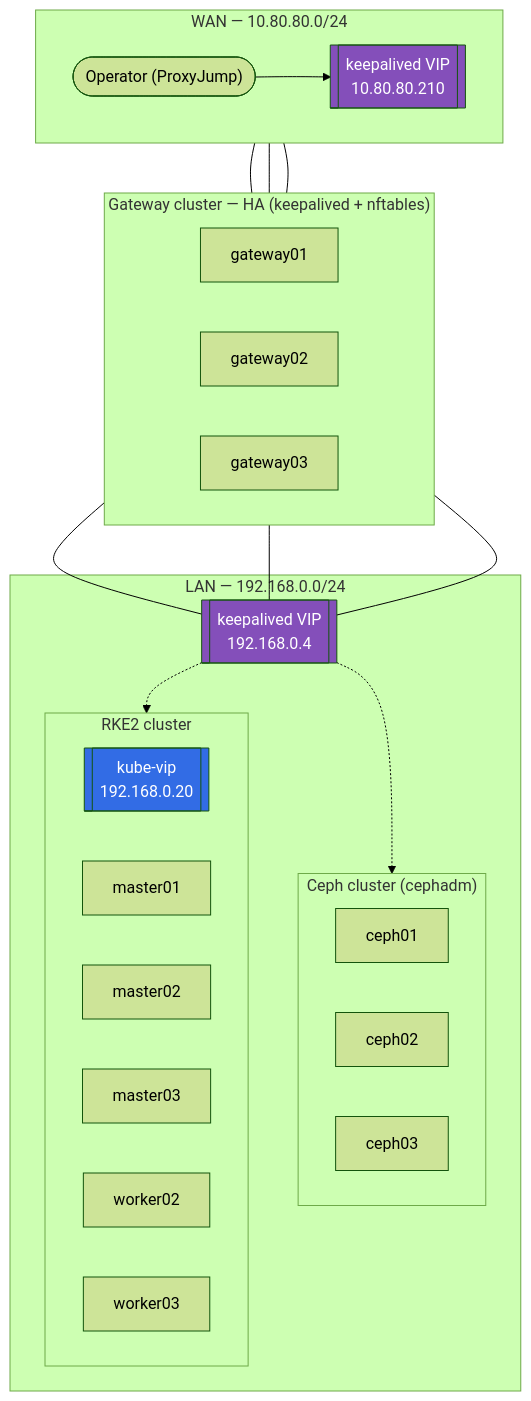
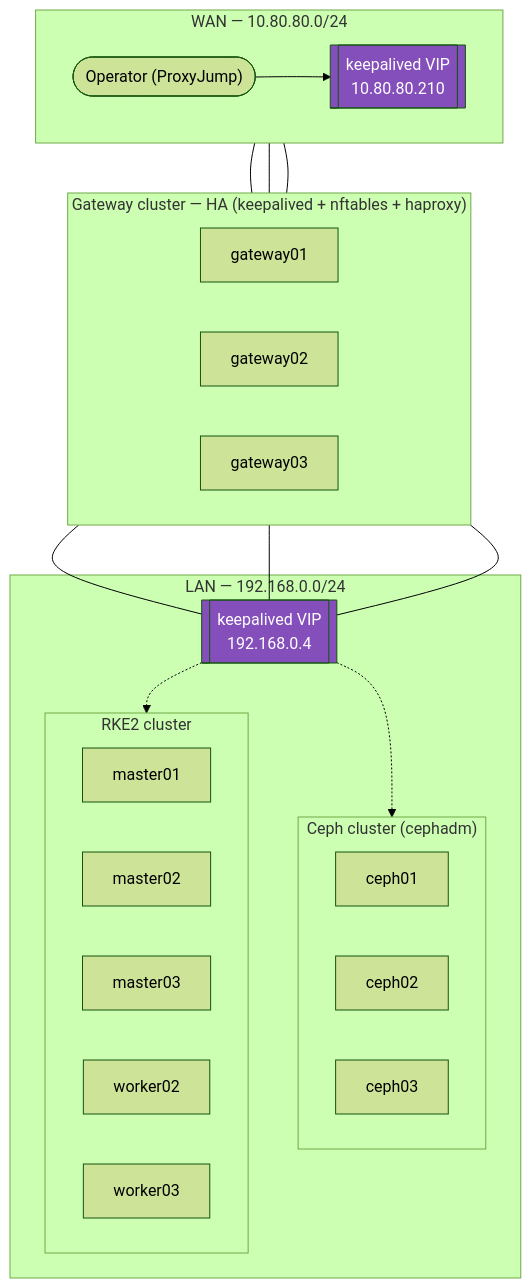
Before and after one commit to kbechler/pve_k8s_lab: the diagram in README.md, drawn with Mermaid (forest theme). The commit also changed other lines of this file and 17 other files, not shown here.

````diff
--- a/README.md
+++ b/README.md
@@ -19,44 +19,42 @@
 ```mermaid
 flowchart TB
     subgraph WAN["WAN — 10.80.80.0/24"]
         direction LR
         Op(["Operator (ProxyJump)"]) --> VIP1[["keepalived VIP<br/>10.80.80.210"]]
     end
 
-    subgraph GW["Gateway cluster — HA (keepalived + nftables)"]
+    subgraph GW["Gateway cluster — HA (keepalived + nftables + haproxy)"]
         direction LR
         GW1[gateway01]
         GW2[gateway02]
         GW3[gateway03]
     end
 
     subgraph LAN["LAN — 192.168.0.0/24"]
         VIP2[["keepalived VIP<br/>192.168.0.4"]]
 
         subgraph CEPH["Ceph cluster (cephadm)"]
             direction LR
             C1[ceph01]
             C2[ceph02]
             C3[ceph03]
         end
 
         subgraph K8S["RKE2 cluster"]
             direction LR
-            VIP3[["kube-vip<br/>192.168.0.20"]]
             M1[master01]
             M2[master02]
             M3[master03]
             W2[worker02]
             W3[worker03]
         end
     end
 
     VIP1 --- GW1 & GW2 & GW3
     GW1 & GW2 & GW3 --- VIP2
     VIP2 -.-> CEPH
     VIP2 -.-> K8S
 
     style VIP1 fill:#844FBA,color:#fff
     style VIP2 fill:#844FBA,color:#fff
-    style VIP3 fill:#326CE5,color:#fff
 ```
````
